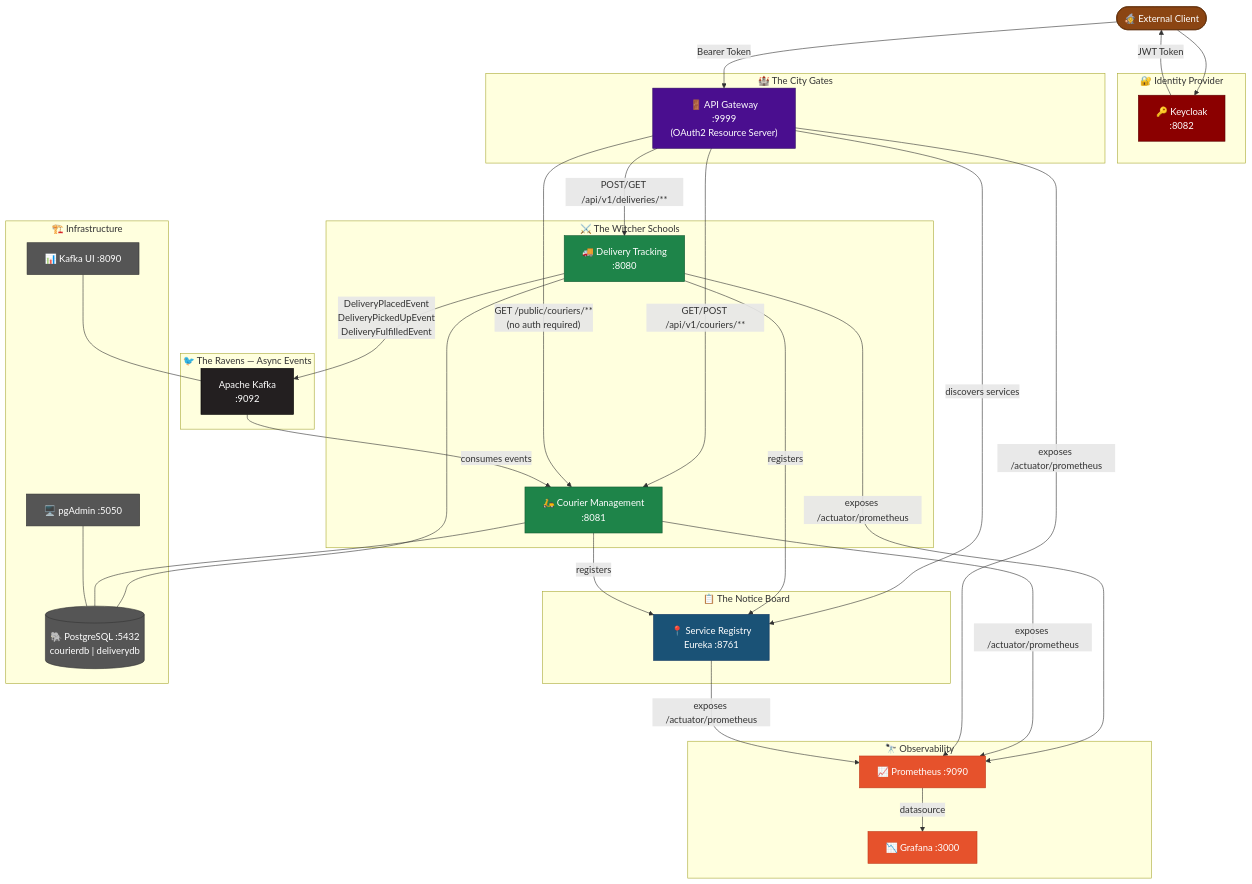
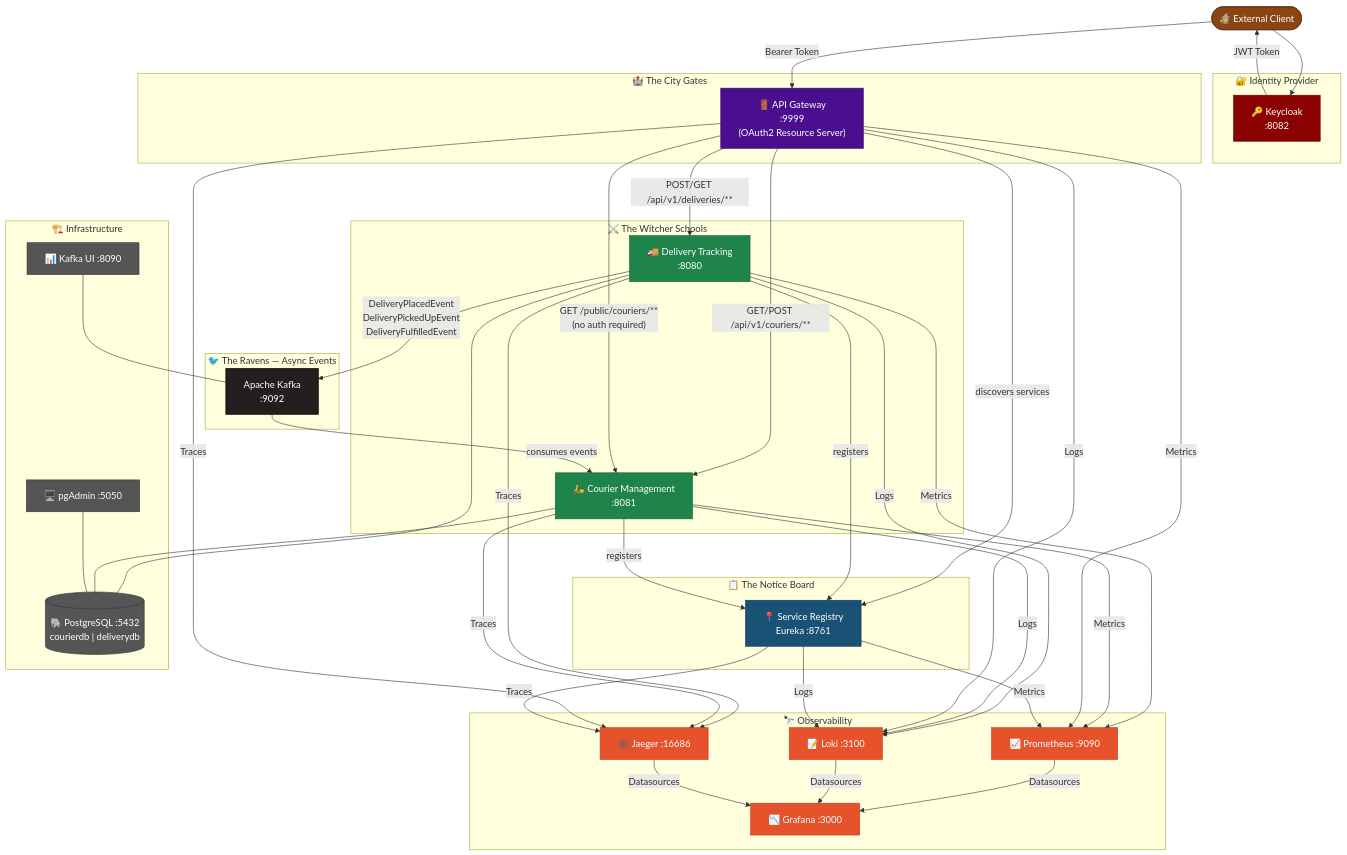
The diagram in README.md (weritonpetreca/petrecadelivery), drawn with Mermaid before and after one commit. The commit also changed other lines of this file and 130 other files, not shown here.

````diff
--- a/README.md
+++ b/README.md
@@ -40,71 +46,72 @@
 ```mermaid
 graph TD
     Client(["🧙 External Client"]):::client --> KC
     
     subgraph "🔐 Identity Provider"
         KC["🔑 Keycloak\n:8082"]:::security
     end
     
     KC -- "JWT Token" --> Client
     Client -- "Bearer Token" --> GW
 
     subgraph "🏰 The City Gates"
         GW["🚪 API Gateway\n:9999\n(OAuth2 Resource Server)"]:::gateway
     end
 
     subgraph "📋 The Notice Board"
         SR["📍 Service Registry\nEureka :8761"]:::registry
     end
 
     GW -- "discovers services" --> SR
 
     subgraph "⚔️ The Witcher Schools"
         DT["🚚 Delivery Tracking\n:8080"]:::service
         CM["🛵 Courier Management\n:8081"]:::service
     end
 
     DT -- "registers" --> SR
     CM -- "registers" --> SR
 
     GW -- "POST/GET /api/v1/deliveries/**" --> DT
     GW -- "GET/POST /api/v1/couriers/**" --> CM
     GW -- "GET /public/couriers/**\n(no auth required)" --> CM
 
     subgraph "🐦 The Ravens — Async Events"
         K["Apache Kafka\n:9092"]:::kafka
     end
 
     DT -- "DeliveryPlacedEvent\nDeliveryPickedUpEvent\nDeliveryFulfilledEvent" --> K
     K -- "consumes events" --> CM
 
     subgraph "🏗️ Infrastructure"
         PG[("🐘 PostgreSQL :5432\ncourierdb | deliverydb")]:::infra
         PGA["🖥️ pgAdmin :5050"]:::infra
         KUI["📊 Kafka UI :8090"]:::infra
     end
 
     subgraph "🔭 Observability"
         PROM["📈 Prometheus :9090"]:::observability
+        LOKI["📝 Loki :3100"]:::observability
+        JAEG["🕸️ Jaeger :16686"]:::observability
         GRAF["📉 Grafana :3000"]:::observability
     end
 
     DT --- PG
     CM --- PG
     PGA --- PG
     KUI --- K
 
-    DT -- "exposes /actuator/prometheus" --> PROM
-    CM -- "exposes /actuator/prometheus" --> PROM
-    GW -- "exposes /actuator/prometheus" --> PROM
-    SR -- "exposes /actuator/prometheus" --> PROM
-    PROM -- "datasource" --> GRAF
+    DT & CM & GW & SR -- "Metrics" --> PROM
+    DT & CM & GW & SR -- "Logs" --> LOKI
+    DT & CM & GW & SR -- "Traces" --> JAEG
+    PROM & LOKI & JAEG -- "Datasources" --> GRAF
 
     classDef client fill:#8B4513,color:#fff,stroke:#5C2D0A
     classDef security fill:#8B0000,color:#fff,stroke:#5C0000
     classDef gateway fill:#4A0E8F,color:#fff,stroke:#2D0860
     classDef registry fill:#1A5276,color:#fff,stroke:#0E3460
     classDef service fill:#1E8449,color:#fff,stroke:#145A32
     classDef kafka fill:#231F20,color:#fff,stroke:#000
     classDef infra fill:#555,color:#fff,stroke:#333
     classDef observability fill:#E6522C,color:#fff,stroke:#C13C1A
 ```
````
